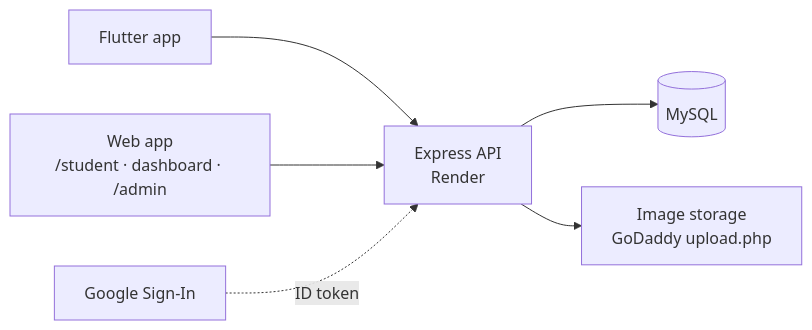
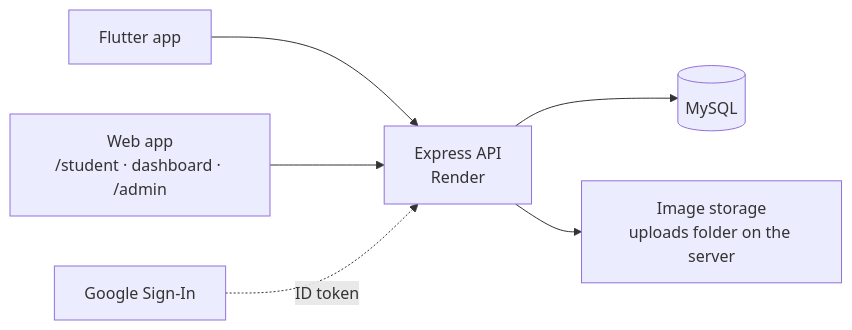
One commit to abhishettyy/Spotlight changed the diagram in README.md. Above: the diagram before and after it, drawn with Mermaid. The commit also changed other lines of this file and 6 other files, not shown here.

````diff
--- a/README.md
+++ b/README.md
@@ -57,8 +57,8 @@
 ```mermaid
 flowchart LR
     APP[Flutter app] --> API
     WEB["Web app<br/>/student · dashboard · /admin"] --> API
     API[Express API<br/>Render] --> DB[(MySQL)]
-    API --> FILES[Image storage<br/>GoDaddy upload.php]
+    API --> FILES[Image storage<br/>uploads folder on the server]
     GOOGLE[Google Sign-In] -.ID token.-> API
 ```
````
